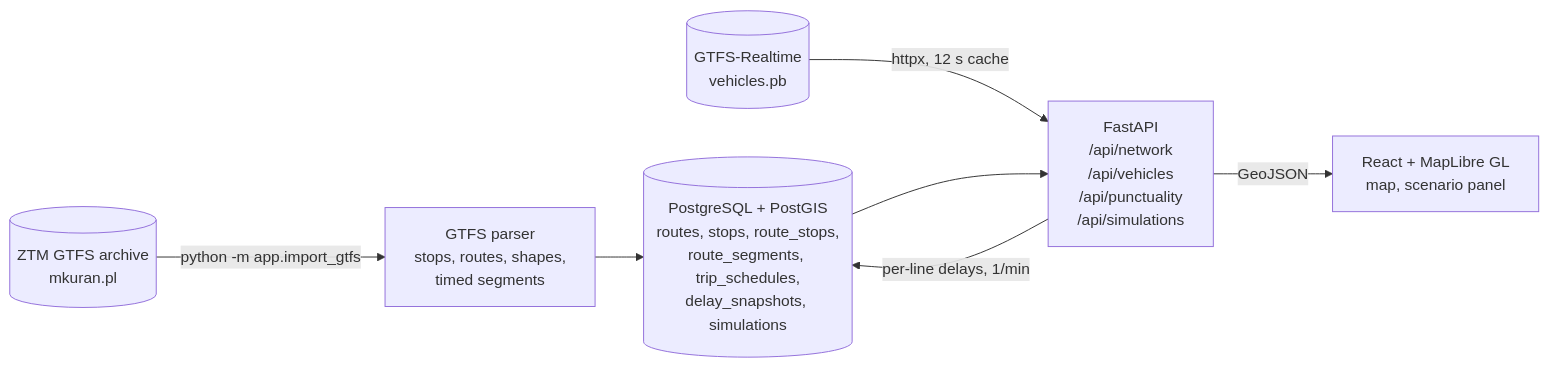
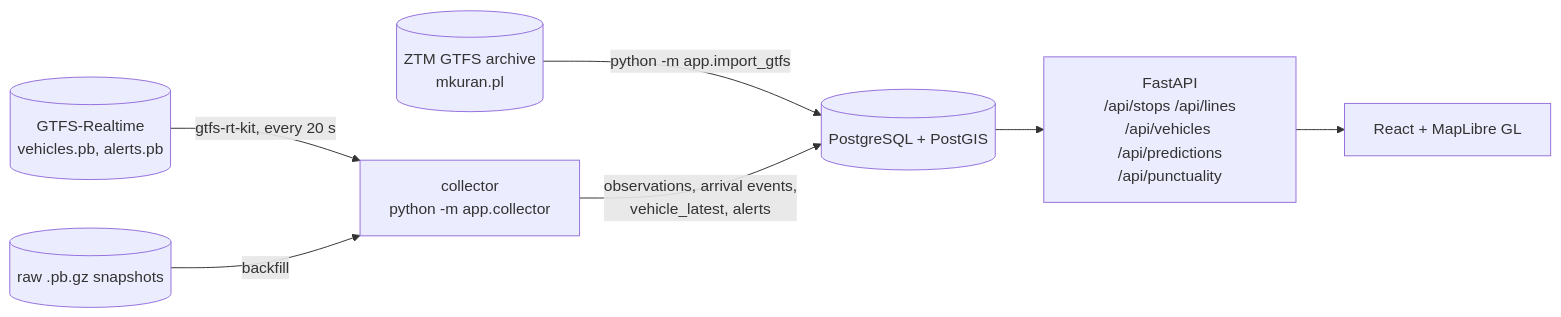
One commit to MaciejZiel/Reroute changed the diagram in README.md. Above: the diagram before and after it, drawn with Mermaid. The commit also changed other lines of this file, not shown here.

Commit message:
Rewrite the README around the live map purpose, collector and deployment

````diff
--- a/README.md
+++ b/README.md
@@ -33,9 +35,9 @@
 ```mermaid
 flowchart LR
-    GTFS[(ZTM GTFS archive<br/>mkuran.pl)] -->|python -m app.import_gtfs| IMP[GTFS parser<br/>stops, routes, shapes,<br/>timed segments]
-    IMP --> DB[(PostgreSQL + PostGIS<br/>routes, stops, route_stops,<br/>route_segments, trip_schedules,<br/>delay_snapshots, simulations)]
-    RT[(GTFS-Realtime<br/>vehicles.pb)] -->|httpx, 12 s cache| API
-    API -->|per-line delays, 1/min| DB
-    DB --> API[FastAPI<br/>/api/network<br/>/api/vehicles<br/>/api/punctuality<br/>/api/simulations]
-    API -->|GeoJSON| WEB[React + MapLibre GL<br/>map, scenario panel]
+    GTFS[(ZTM GTFS archive<br/>mkuran.pl)] -->|python -m app.import_gtfs| DB
+    RT[(GTFS-Realtime<br/>vehicles.pb, alerts.pb)] -->|gtfs-rt-kit, every 20 s| COL[collector<br/>python -m app.collector]
+    RAW[(raw .pb.gz snapshots)] -->|backfill| COL
+    COL -->|observations, arrival events,<br/>vehicle_latest, alerts| DB[(PostgreSQL + PostGIS)]
+    DB --> API[FastAPI<br/>/api/stops /api/lines<br/>/api/vehicles /api/predictions<br/>/api/punctuality]
+    API --> WEB[React + MapLibre GL]
 ```
````
